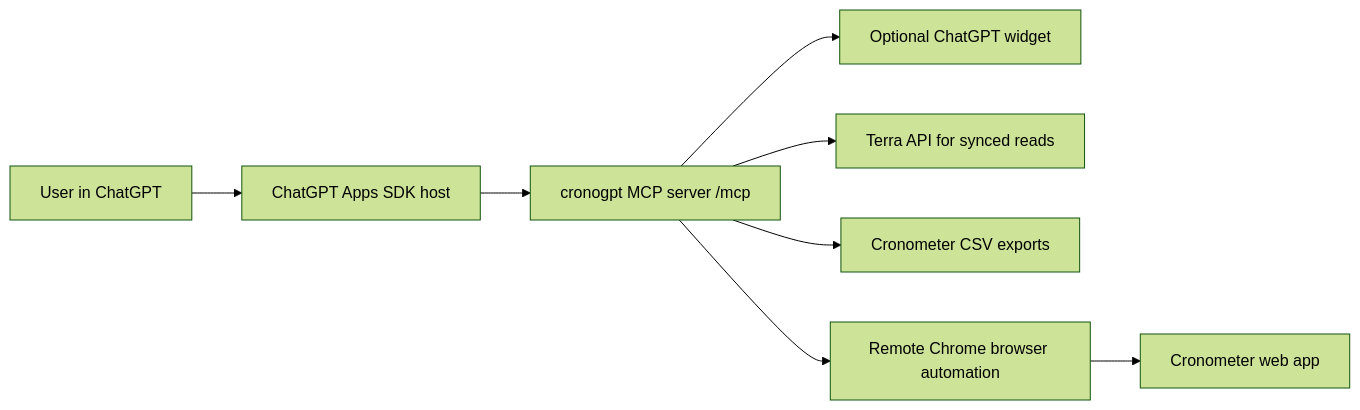
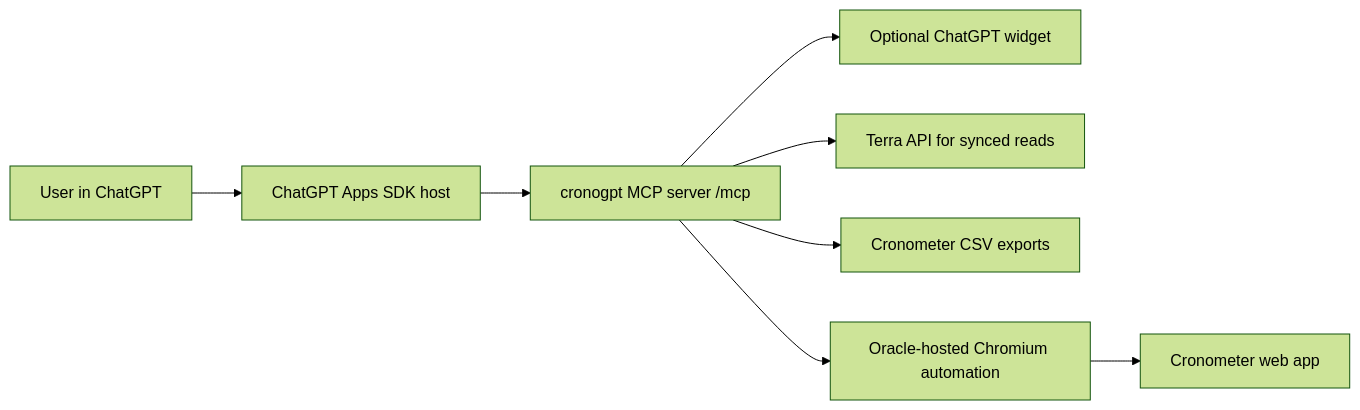
The diagram in docs/cronometer-chatgpt-plan.md (Colon101/CronoGPT), drawn with Mermaid (forest theme) before and after one commit. The commit also changed other lines of this file and 29 other files, not shown here.

````diff
--- a/docs/cronometer-chatgpt-plan.md
+++ b/docs/cronometer-chatgpt-plan.md
@@ -11,10 +11,10 @@
 ```mermaid
 flowchart LR
   User["User in ChatGPT"] --> ChatGPT["ChatGPT Apps SDK host"]
   ChatGPT --> MCP["cronogpt MCP server /mcp"]
   MCP --> Widget["Optional ChatGPT widget"]
   MCP --> Terra["Terra API for synced reads"]
   MCP --> CSV["Cronometer CSV exports"]
-  MCP --> Browser["Remote Chrome browser automation"]
+  MCP --> Browser["Oracle-hosted Chromium automation"]
   Browser --> Cronometer["Cronometer web app"]
 ```
````
